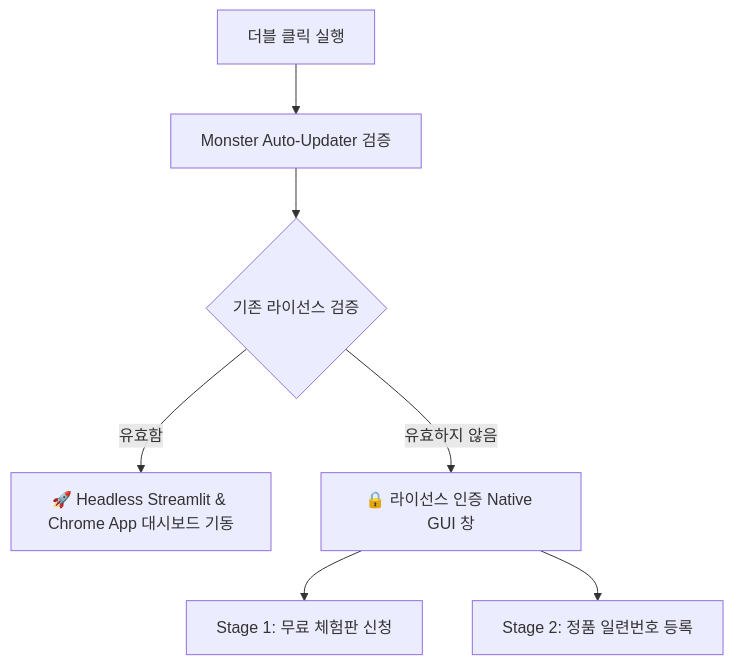
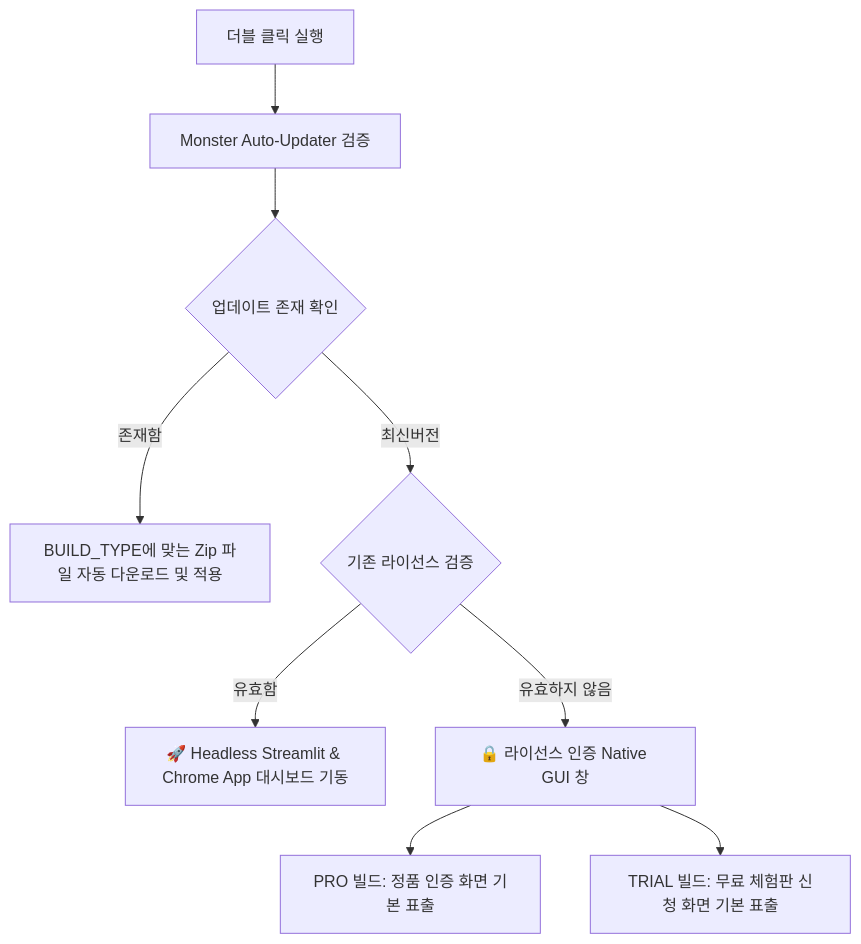
The diagram in docs/기능명세서.md (Han-jinwook/n-place-db), drawn with Mermaid before and after one commit. The commit also changed other lines of this file, not shown here.

````diff
--- a/docs/기능명세서.md
+++ b/docs/기능명세서.md
@@ -17,9 +18,11 @@
 ```mermaid
 graph TD
     Start[더블 클릭 실행] --> CheckUpdate[Monster Auto-Updater 검증]
-    CheckUpdate --> CheckLic{기존 라이선스 검증}
+    CheckUpdate --> Download{업데이트 존재 확인}
+    Download -- 존재함 --> DownloadZip[BUILD_TYPE에 맞는 Zip 파일 자동 다운로드 및 적용]
+    Download -- 최신버전 --> CheckLic{기존 라이선스 검증}
     CheckLic -- 유효함 --> LaunchDashboard[🚀 Headless Streamlit & Chrome App 대시보드 기동]
     CheckLic -- 유효하지 않음 --> ShowAuthGUI[🔒 라이선스 인증 Native GUI 창]
-    ShowAuthGUI --> Stage1[Stage 1: 무료 체험판 신청]
-    ShowAuthGUI --> Stage2[Stage 2: 정품 일련번호 등록]
+    ShowAuthGUI --> PRO_UI[PRO 빌드: 정품 인증 화면 기본 표출]
+    ShowAuthGUI --> TRIAL_UI[TRIAL 빌드: 무료 체험판 신청 화면 기본 표출]
 ```
````
